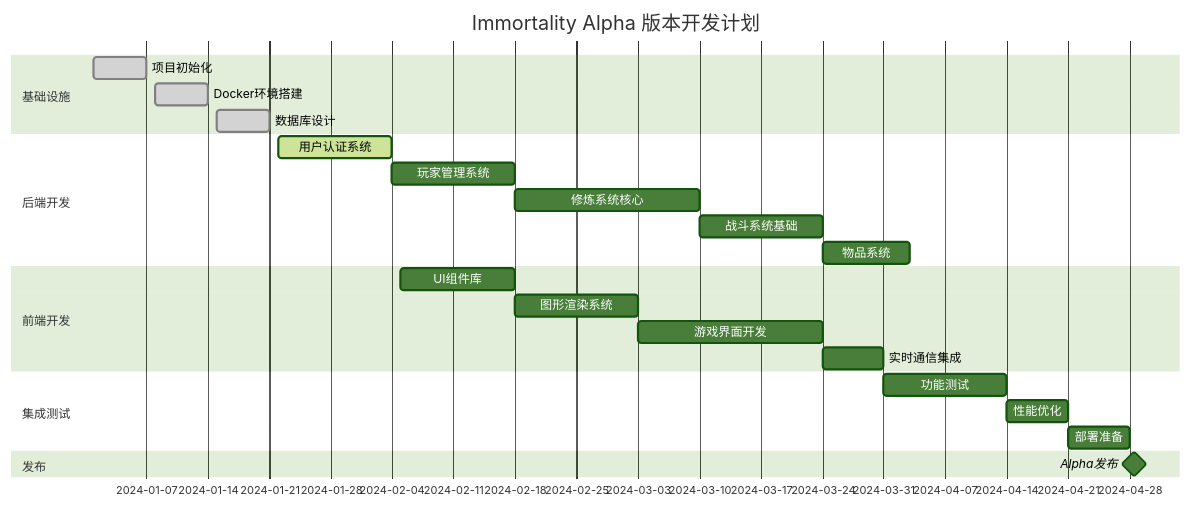
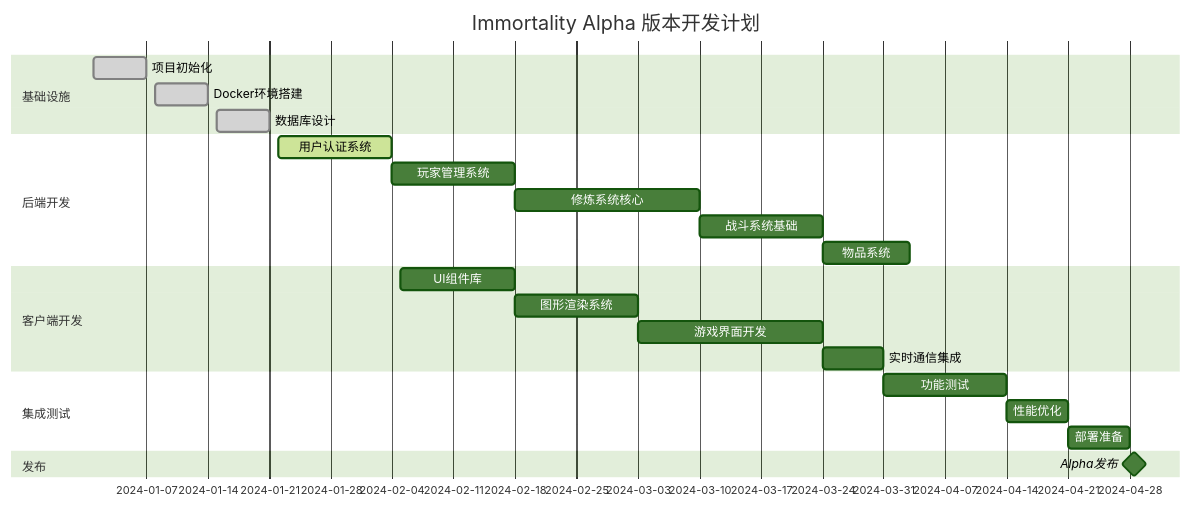
The diagram in doc/guides/technical/project-roadmap.md (yingsiqi/Immortality), drawn with Mermaid (forest theme) before and after one commit. The commit also changed other lines of this file and 25 other files, not shown here.

````diff
--- a/doc/guides/technical/project-roadmap.md
+++ b/doc/guides/technical/project-roadmap.md
@@ -44,30 +44,30 @@
 ```mermaid
 gantt
     title Immortality Alpha 版本开发计划
     dateFormat  YYYY-MM-DD
     section 基础设施
     项目初始化           :done, init, 2024-01-01, 2024-01-07
     Docker环境搭建       :done, docker, 2024-01-08, 2024-01-14
     数据库设计          :done, db, 2024-01-15, 2024-01-21
     
     section 后端开发
     用户认证系统         :active, auth, 2024-01-22, 2024-02-04
     玩家管理系统         :player, after auth, 14d
     修炼系统核心         :cultivation, after player, 21d
     战斗系统基础         :combat, after cultivation, 14d
     物品系统            :items, after combat, 10d
     
-    section 前端开发
+    section 客户端开发
     UI组件库            :ui, 2024-02-05, 2024-02-18
     图形渲染系统         :graphics, after ui, 14d
     游戏界面开发         :gameui, after graphics, 21d
     实时通信集成         :websocket, after gameui, 7d
     
     section 集成测试
     功能测试            :testing, after websocket, 14d
     性能优化            :optimization, after testing, 7d
     部署准备            :deployment, after optimization, 7d
     
     section 发布
     Alpha发布           :milestone, release, after deployment, 1d
 ```
````
